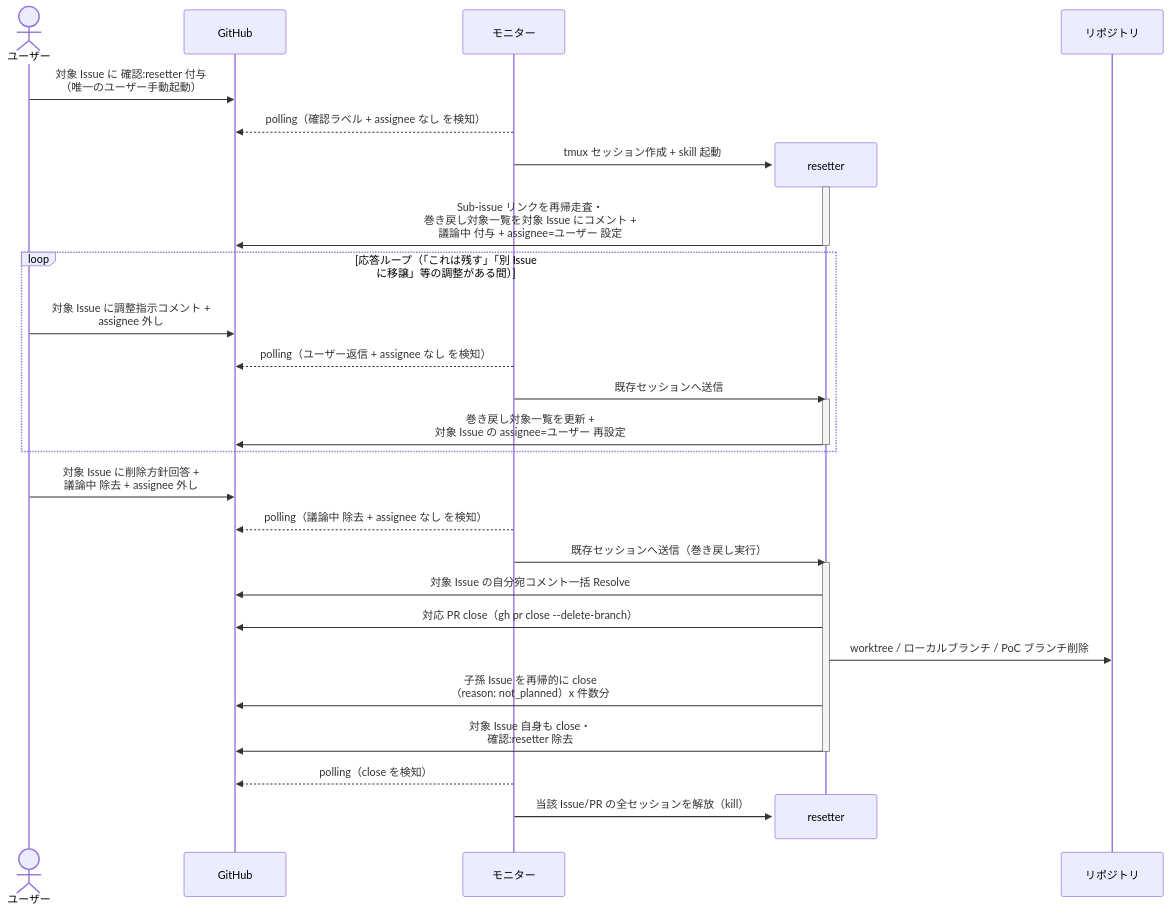
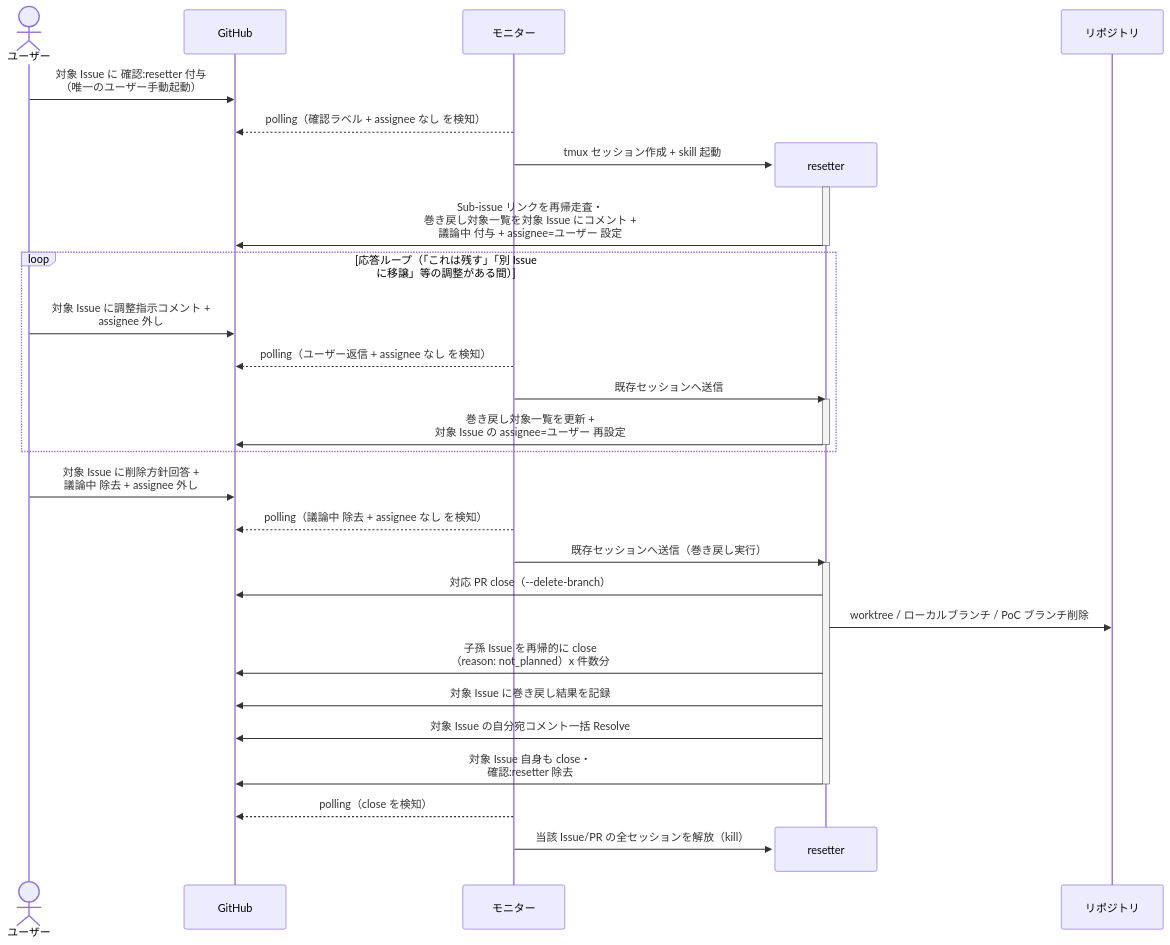
Before and after one commit to shuhei1101/ai-monitor: the diagram in docs/wiki/設計図/シナリオ/単一ユースケース/リセット実行.md, drawn with Mermaid. The commit also changed other lines of this file and 28 other files, not shown here.

````diff
--- a/docs/wiki/設計図/シナリオ/単一ユースケース/リセット実行.md
+++ b/docs/wiki/設計図/シナリオ/単一ユースケース/リセット実行.md
@@ -25,38 +27,39 @@
 ```mermaid
 sequenceDiagram
   actor U as ユーザー
   participant GH as GitHub
   participant ORC as モニター
 
   U->>GH: 対象 Issue に 確認:resetter 付与<br>（唯一のユーザー手動起動）
   ORC-->>GH: polling（確認ラベル + assignee なし を検知）
   create participant MON as resetter
   ORC->>MON: tmux セッション作成 + skill 起動
   participant REPO as リポジトリ
   activate MON
   MON->>GH: Sub-issue リンクを再帰走査・<br>巻き戻し対象一覧を対象 Issue にコメント +<br>議論中 付与 + assignee=ユーザー 設定
   deactivate MON
 
   loop 応答ループ（「これは残す」「別 Issue<br>に移譲」等の調整がある間）
     U->>GH: 対象 Issue に調整指示コメント +<br>assignee 外し
     ORC-->>GH: polling（ユーザー返信 + assignee なし を検知）
     ORC->>MON: 既存セッションへ送信
     activate MON
     MON->>GH: 巻き戻し対象一覧を更新 +<br>対象 Issue の assignee=ユーザー 再設定
     deactivate MON
   end
 
   U->>GH: 対象 Issue に削除方針回答 +<br>議論中 除去 + assignee 外し
   ORC-->>GH: polling（議論中 除去 + assignee なし を検知）
   ORC->>MON: 既存セッションへ送信（巻き戻し実行）
   activate MON
-  MON->>GH: 対象 Issue の自分宛コメント一括 Resolve
-  MON->>GH: 対応 PR close（gh pr close --delete-branch）
+  MON->>GH: 対応 PR close（--delete-branch）
   MON->>REPO: worktree / ローカルブランチ / PoC ブランチ削除
   MON->>GH: 子孫 Issue を再帰的に close<br>（reason: not_planned）x 件数分
+  MON->>GH: 対象 Issue に巻き戻し結果を記録
+  MON->>GH: 対象 Issue の自分宛コメント一括 Resolve
   MON->>GH: 対象 Issue 自身も close・<br>確認:resetter 除去
   deactivate MON
   ORC-->>GH: polling（close を検知）
   destroy MON
   ORC->>MON: 当該 Issue/PR の全セッションを解放（kill）
 ```
````
